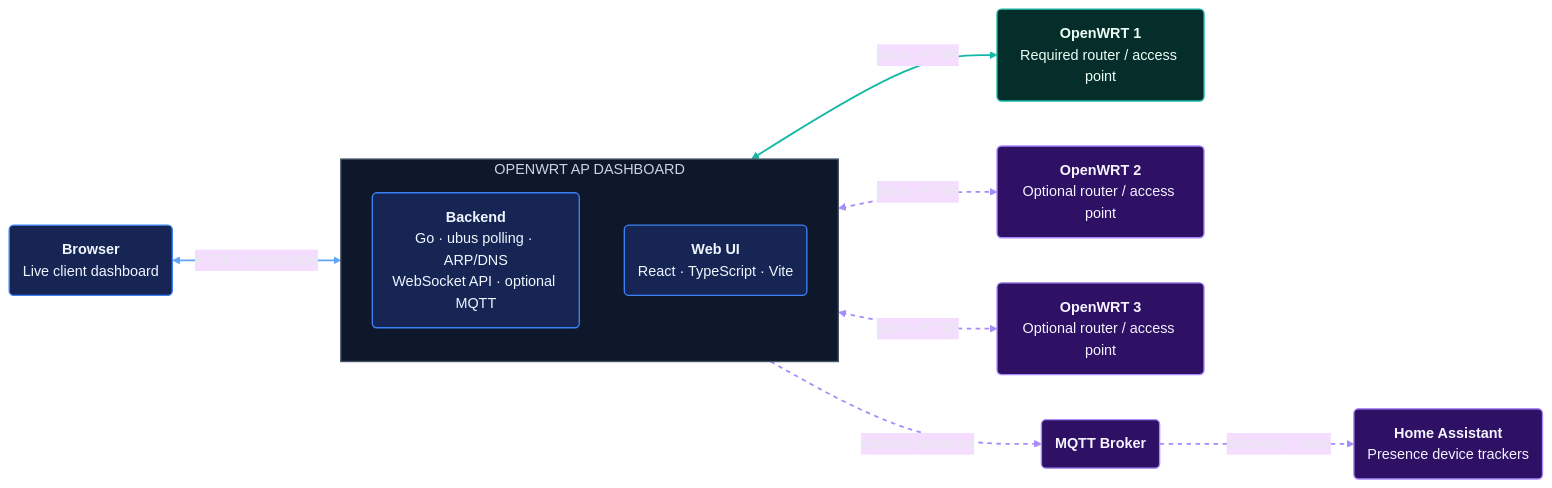
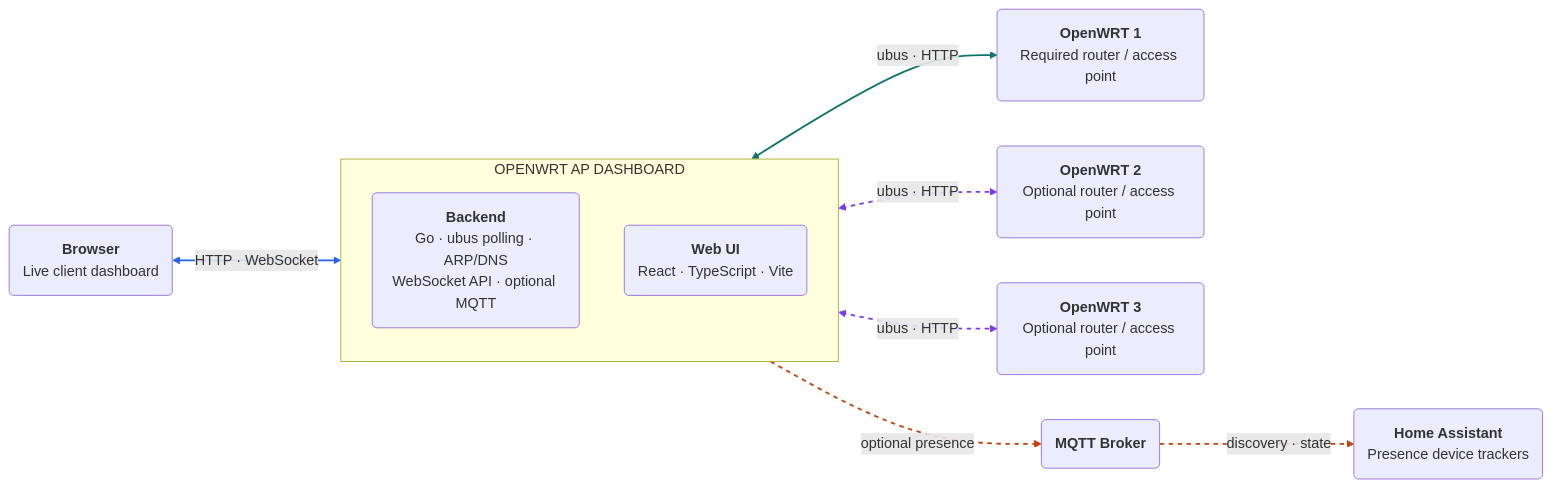
Before and after one commit to vgropp/openwrt-ap-dashboard: the diagram in README.md, drawn with Mermaid.

Commit message:
doc: more simple mermaid style

````diff
--- a/README.md
+++ b/README.md
@@ -23,36 +23,28 @@
 ```mermaid
-%%{init: {"theme": "base", "themeVariables": {"fontFamily": "Inter, ui-sans-serif, system-ui, sans-serif", "primaryTextColor": "#e5e7eb", "lineColor": "#64748b", "clusterBkg": "#111827", "clusterBorder": "#334155"}}}%%
+%%{init: {"look": "classic"}}%%
 flowchart LR
     subgraph Dashboard["OPENWRT AP DASHBOARD"]
         direction TB
         Backend("<b>Backend</b><br/>Go · ubus polling · ARP/DNS<br/>WebSocket API · optional MQTT")
         Frontend("<b>Web UI</b><br/>React · TypeScript · Vite")
     end
 
     Routers1("<b>OpenWRT 1</b><br/>Required router / access point")
     Routers2("<b>OpenWRT 2</b><br/>Optional router / access point")
     Routers3("<b>OpenWRT 3</b><br/>Optional router / access point")
     Browser("<b>Browser</b><br/>Live client dashboard")
     MQTT("<b>MQTT Broker</b>")
     HA("<b>Home Assistant</b><br/>Presence device trackers")
 
     Backend <-->|"ubus · HTTP"| Routers1
     Backend <-.->|"ubus · HTTP"| Routers2
     Backend <-.->|"ubus · HTTP"| Routers3
     Browser <-->|"HTTP · WebSocket"| Frontend
     Backend -. "optional presence" .-> MQTT
     MQTT -. "discovery · state" .-> HA
 
-    classDef service fill:#172554,stroke:#3b82f6,color:#eff6ff,stroke-width:1.5px
-    classDef network fill:#052e2b,stroke:#14b8a6,color:#ecfdf5,stroke-width:1.5px
-    classDef optional fill:#2e1065,stroke:#a78bfa,color:#f5f3ff,stroke-width:1.5px
-    class Backend,Frontend,Browser service
-    class Routers1 network
-    class Routers2,Routers3 optional
-    class MQTT,HA optional
-    style Dashboard fill:#0f172a,stroke:#475569,color:#cbd5e1,stroke-width:1.5px
-    linkStyle 0 stroke:#14b8a6,stroke-width:2px
-    linkStyle 1,2 stroke:#a78bfa,stroke-width:2px,stroke-dasharray:5 5
-    linkStyle 3 stroke:#60a5fa,stroke-width:2px
-    linkStyle 4,5 stroke:#a78bfa,stroke-width:2px,stroke-dasharray:5 5
+    linkStyle 0 stroke:#0f766e,stroke-width:2px
+    linkStyle 1,2 stroke:#7c3aed,stroke-width:2px,stroke-dasharray:5 5
+    linkStyle 3 stroke:#2563eb,stroke-width:2px
+    linkStyle 4,5 stroke:#c2410c,stroke-width:2px,stroke-dasharray:5 5
 ```
````
